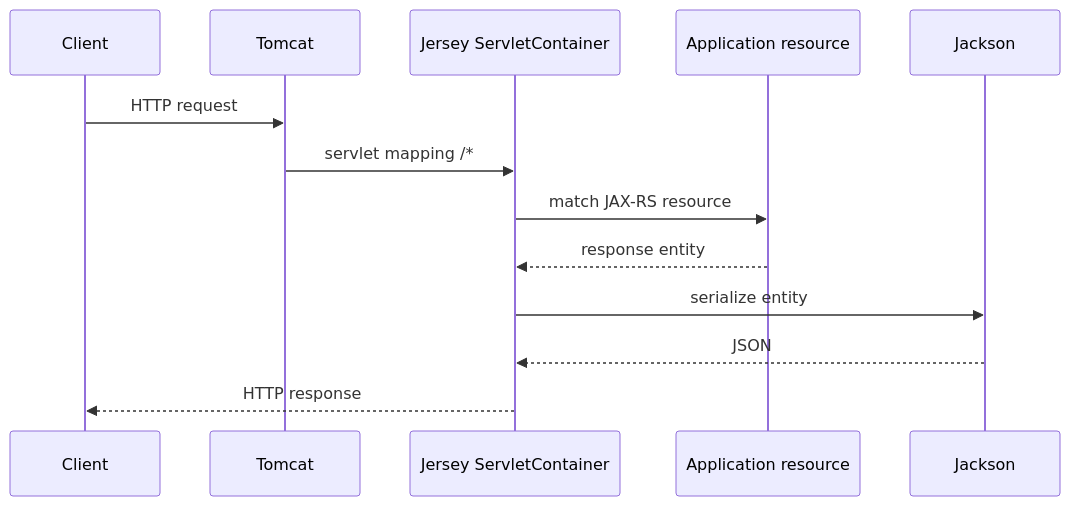
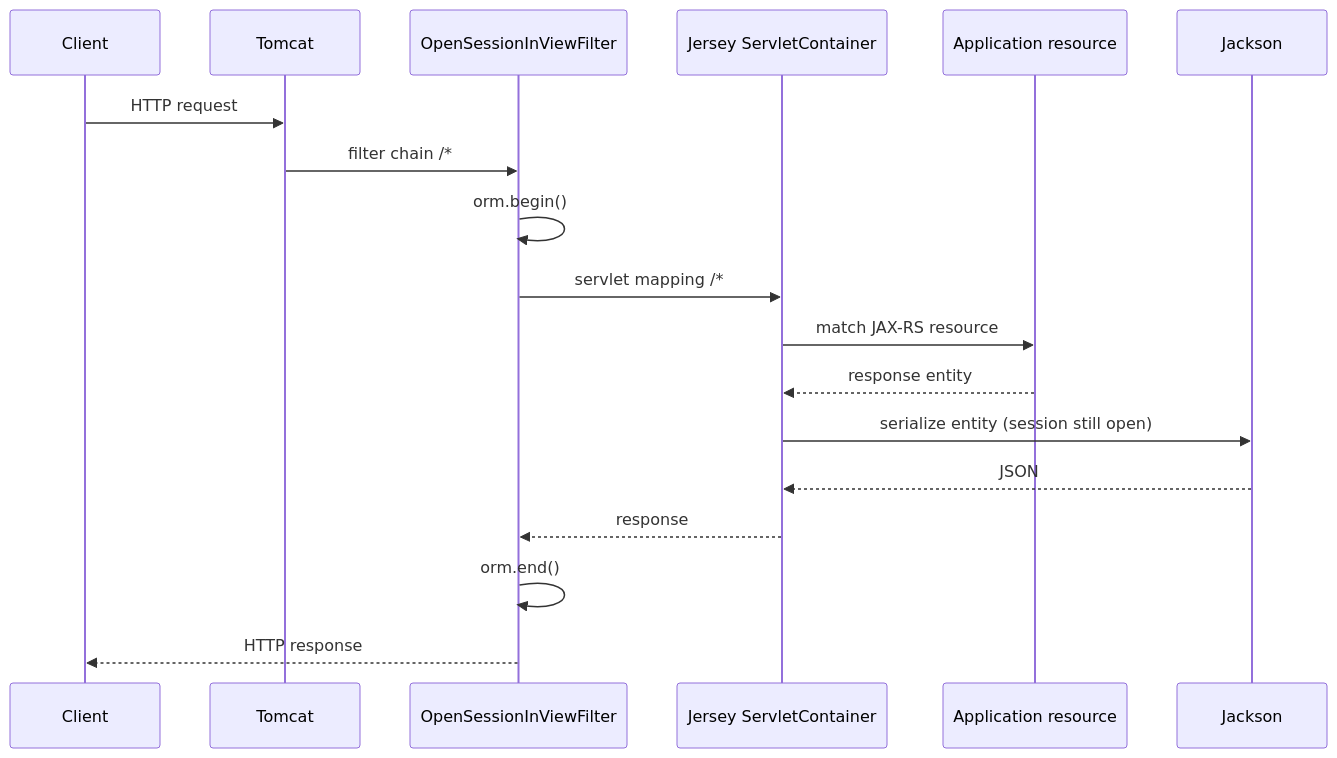
One commit to Onix322/fleet-management changed the third of 3 diagrams in docs/FRAMEWORK.md. Above: the diagram before and after it, drawn with Mermaid. The commit also changed other lines of this file and 4 other files, not shown here.

````diff
--- a/docs/FRAMEWORK.md
+++ b/docs/FRAMEWORK.md
@@ -424,16 +450,21 @@
 ```mermaid
 sequenceDiagram
     participant Client
     participant Tomcat
+    participant Filter as OpenSessionInViewFilter
     participant Jersey as Jersey ServletContainer
     participant Resource as Application resource
     participant Jackson
 
     Client->>Tomcat: HTTP request
-    Tomcat->>Jersey: servlet mapping /*
+    Tomcat->>Filter: filter chain /*
+    Filter->>Filter: orm.begin()
+    Filter->>Jersey: servlet mapping /*
     Jersey->>Resource: match JAX-RS resource
     Resource-->>Jersey: response entity
-    Jersey->>Jackson: serialize entity
+    Jersey->>Jackson: serialize entity (session still open)
     Jackson-->>Jersey: JSON
-    Jersey-->>Client: HTTP response
+    Jersey-->>Filter: response
+    Filter->>Filter: orm.end()
+    Filter-->>Client: HTTP response
 ```
````
